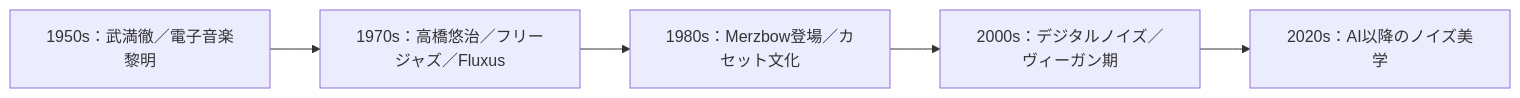
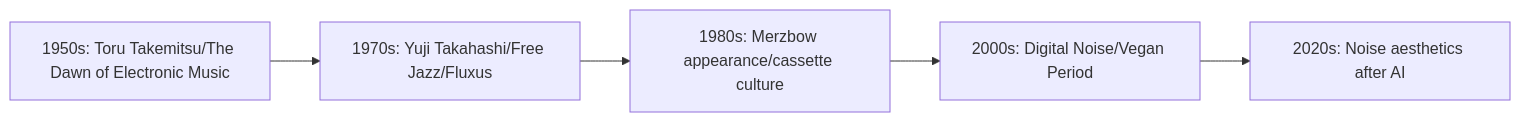
The third of 4 diagrams in en/_posts/2025-10-26-column-merzbow.md (monumental-movement/monumental-movement.github.io), drawn with Mermaid before and after one commit. The commit also changed other lines of this file and 1631 other files, not shown here.

```diff
--- a/en/_posts/2025-10-26-column-merzbow.md
+++ b/en/_posts/2025-10-26-column-merzbow.md
@@ -151,13 +151,13 @@
 <div class="mermaid">
 
 flowchart LR
 
-    T1["1950s：武満徹／電子音楽黎明"]
-    T2["1970s：高橋悠治／フリージャズ／Fluxus"]
-    T3["1980s：Merzbow登場／カセット文化"]
-    T4["2000s：デジタルノイズ／ヴィーガン期"]
-    T5["2020s：AI以降のノイズ美学"]
+T1["1950s: Toru Takemitsu/The Dawn of Electronic Music"]
+    T2["1970s: Yuji Takahashi/Free Jazz/Fluxus"]
+    T3["1980s: Merzbow appearance/cassette culture"]
+    T4["2000s: Digital Noise/Vegan Period"]
+    T5["2020s: Noise aesthetics after AI"]
 
-    T1 --> T2 --> T3 --> T4 --> T5
+T1 --> T2 --> T3 --> T4 --> T5
 
 </div>
```
